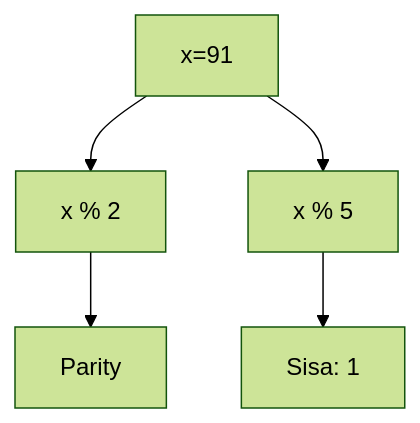
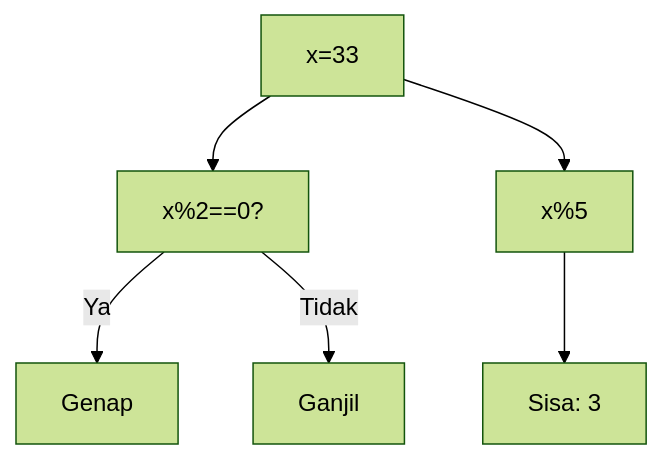
The fourth of 25 diagrams in part-c-pemahaman-cpp/06-bitwise/latihan/set-06.md (amnahwaida/OSNK_INF_PREP), drawn with Mermaid (forest theme) before and after one commit. The commit also changed other lines of this file and 71 other files, not shown here.

Commit message:
Fixed Mermaid syntax lexical errors with quoted labels in 1,800 questions

````diff
--- a/part-c-pemahaman-cpp/06-bitwise/latihan/set-06.md
+++ b/part-c-pemahaman-cpp/06-bitwise/latihan/set-06.md
@@ -145,7 +123,8 @@
 ```mermaid
 graph TD
-A[x=91] --> B[x % 2]
-B --> C[Parity]
-A --> D[x % 5]
-D --> E[Sisa: 1]
+A["x=33"] --> B["x%2==0?"]
+B -- Ya --> C["Genap"]
+B -- Tidak --> D["Ganjil"]
+A --> E["x%5"]
+E --> F["Sisa: 3"]
 ```
````
